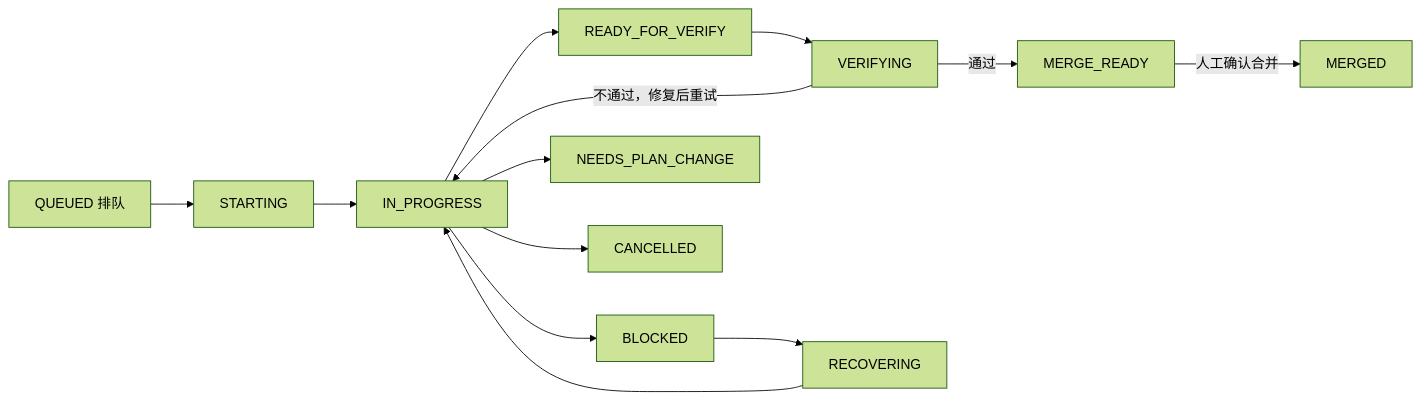
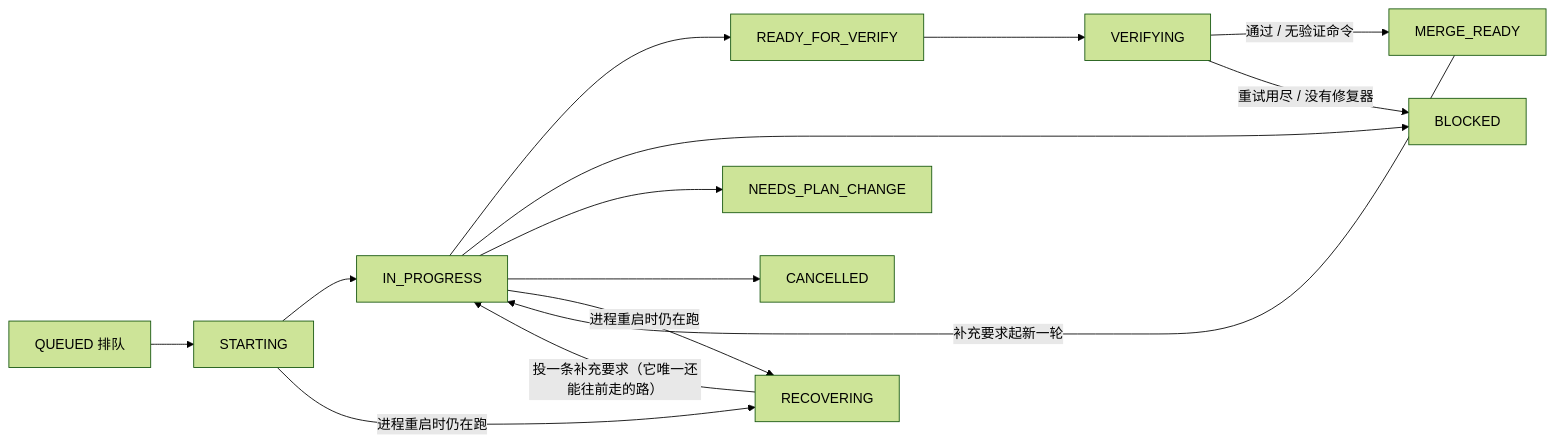
The seventh of 10 diagrams in docs/消息类型及事件状态机流程图.md (DigitalMarsh/pipeline-factory), drawn with Mermaid (forest theme) before and after one commit. The commit also changed other lines of this file and 4 other files, not shown here.

````diff
--- a/docs/消息类型及事件状态机流程图.md
+++ b/docs/消息类型及事件状态机流程图.md
@@ -1038,15 +1106,16 @@
 ```mermaid
 flowchart LR
   Q["QUEUED 排队"] --> ST["STARTING"]
   ST --> IP["IN_PROGRESS"]
   IP --> RFV["READY_FOR_VERIFY"]
   RFV --> VF["VERIFYING"]
-  VF -->|"通过"| MR["MERGE_READY"]
-  VF -->|"不通过，修复后重试"| IP
-  MR -->|"人工确认合并"| MG["MERGED"]
-  IP --> BL["BLOCKED"]
+  VF -->|"通过 / 无验证命令"| MR["MERGE_READY"]
+  VF -->|"重试用尽 / 没有修复器"| BL["BLOCKED"]
+  IP --> BL
   IP --> NPC["NEEDS_PLAN_CHANGE"]
   IP --> CX["CANCELLED"]
-  BL --> REC["RECOVERING"]
-  REC --> IP
+  MR -->|"补充要求起新一轮"| IP
+  ST -->|"进程重启时仍在跑"| REC["RECOVERING"]
+  IP -->|"进程重启时仍在跑"| REC
+  REC -->|"投一条补充要求（它唯一还能往前走的路）"| IP
 ```
````
